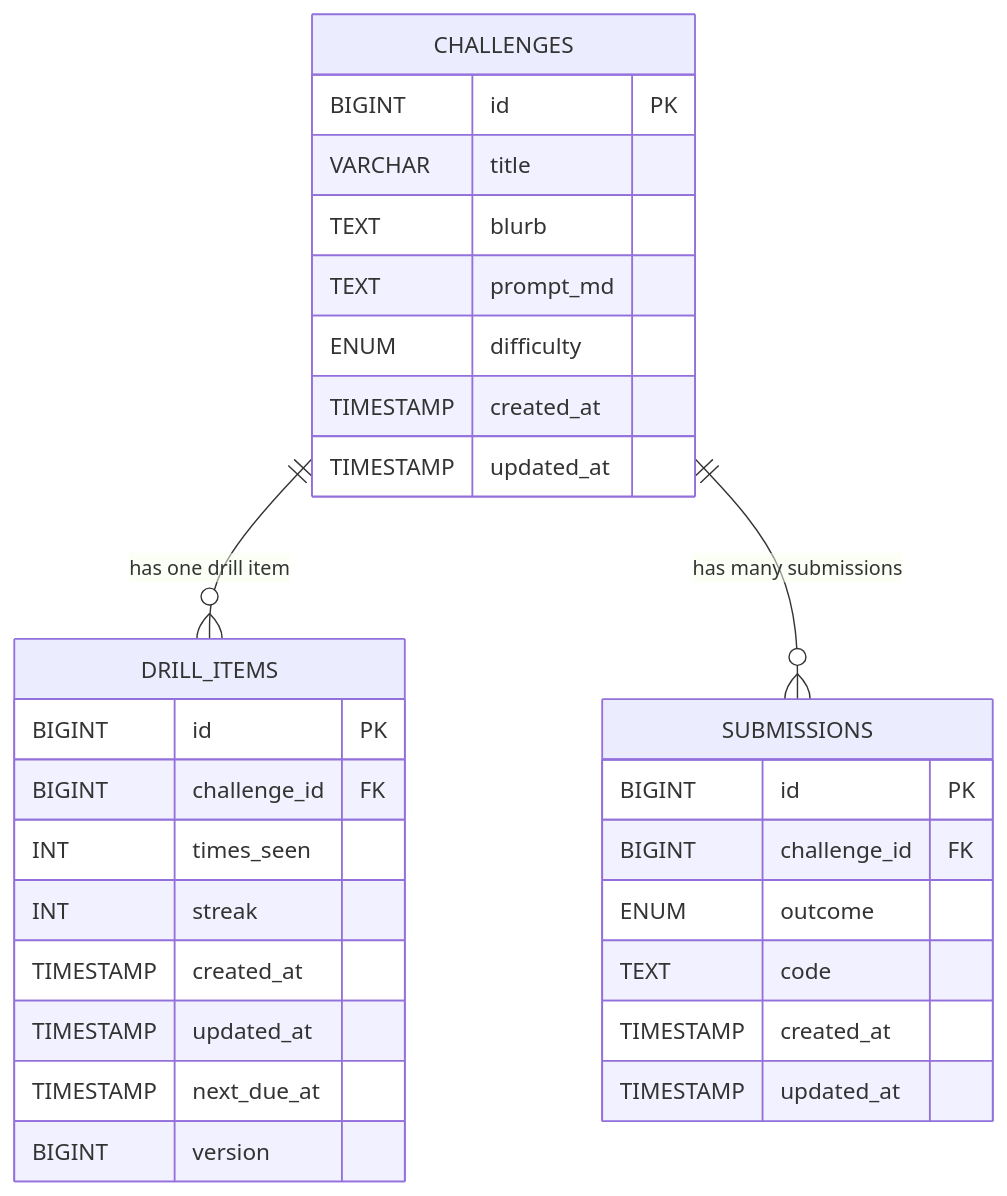
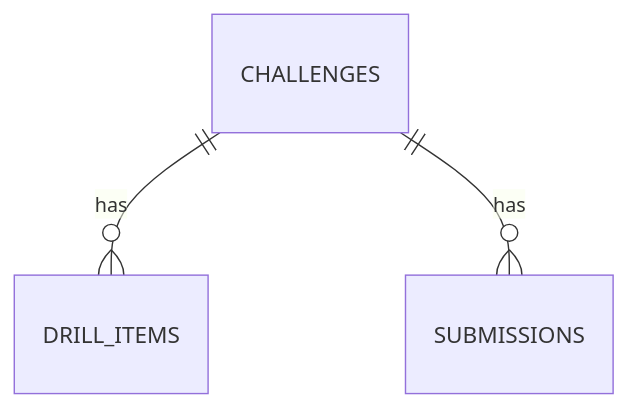
The diagram in docs/DBSchema.md (ArchILLtect/code-forge), drawn with Mermaid before and after one commit. The commit also changed other lines of this file and 10 other files, not shown here.

````diff
--- a/docs/DBSchema.md
+++ b/docs/DBSchema.md
@@ -23,36 +18,5 @@
 ```mermaid
 erDiagram
-
-    CHALLENGES ||--o{ DRILL_ITEMS : "has one drill item"
-    CHALLENGES ||--o{ SUBMISSIONS : "has many submissions"
-
-    CHALLENGES {
-        BIGINT id PK
-        VARCHAR title
-        TEXT blurb
-        TEXT prompt_md
-        ENUM difficulty
-        TIMESTAMP created_at
-        TIMESTAMP updated_at
-    }
-
-    DRILL_ITEMS {
-        BIGINT id PK
-        BIGINT challenge_id FK
-        INT times_seen
-        INT streak
-        TIMESTAMP created_at
-        TIMESTAMP updated_at
-        TIMESTAMP next_due_at
-        BIGINT version
-    }
-
-    SUBMISSIONS {
-        BIGINT id PK
-        BIGINT challenge_id FK
-        ENUM outcome
-        TEXT code
-        TIMESTAMP created_at
-        TIMESTAMP updated_at
-    }
+    CHALLENGES ||--o{ DRILL_ITEMS : has
+    CHALLENGES ||--o{ SUBMISSIONS : has
 ```
````
